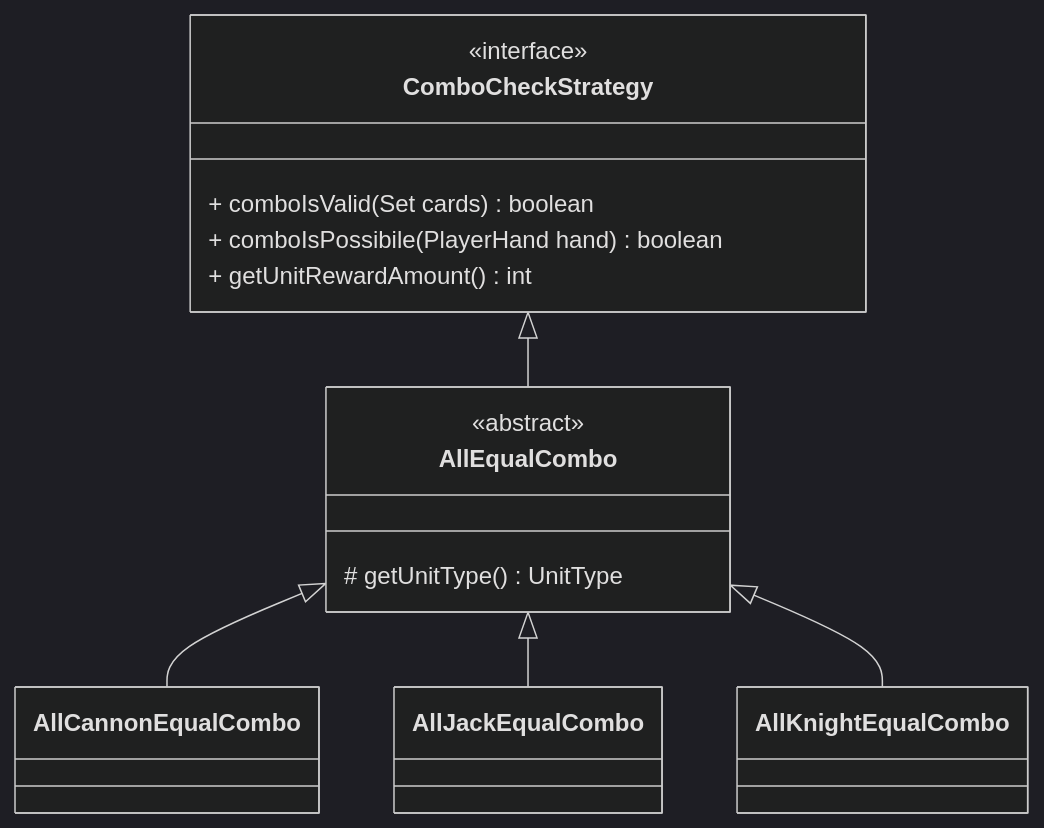
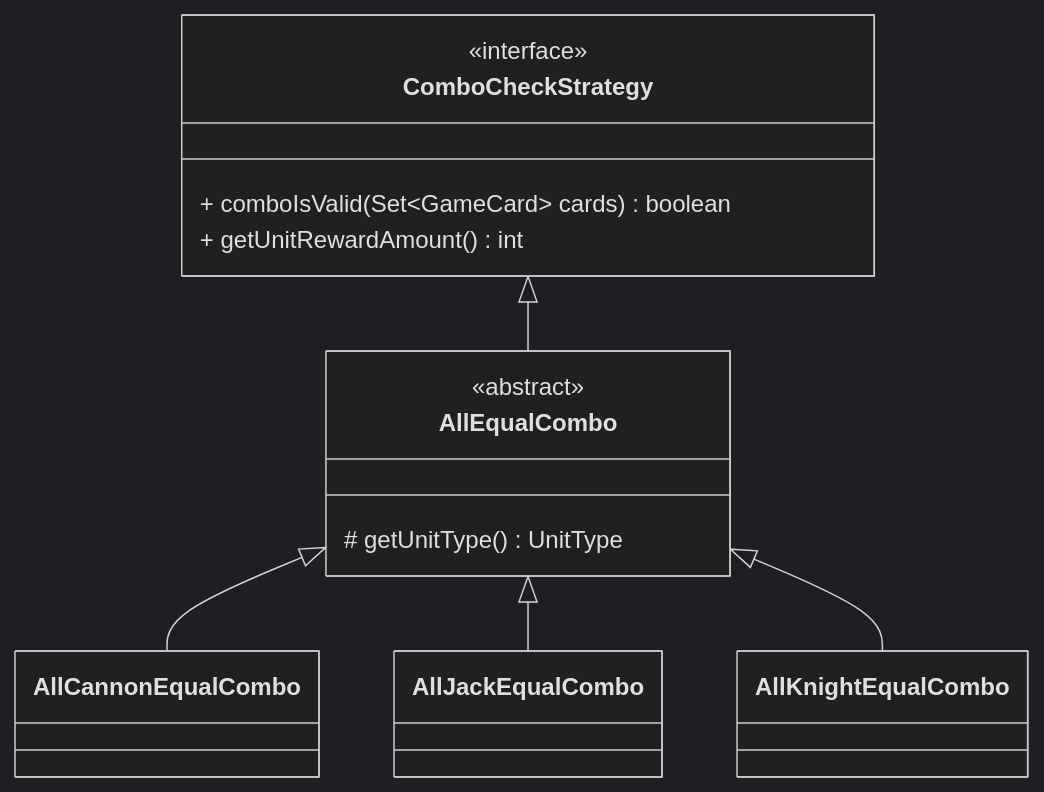
One commit to CarusoMatteo/RisikOOP changed the second of 2 diagrams in report/md/detailed-design-uml-caruso.md. Above: the diagram before and after it, drawn with Mermaid (dark theme). The commit also changed other lines of this file and 4 other files, not shown here.

````diff
--- a/report/md/detailed-design-uml-caruso.md
+++ b/report/md/detailed-design-uml-caruso.md
@@ -32,23 +30,22 @@
 ```mermaid
 classDiagram
 direction TB
     class ComboCheckStrategy { <<interface>>
-        + comboIsValid(Set cards) boolean
-        + comboIsPossibile(PlayerHand hand) boolean
+        + comboIsValid(Set~GameCard~ cards) boolean
         + getUnitRewardAmount() int
     }
     class AllEqualCombo { <<abstract>> 
         # getUnitType() UnitType
     }
     class AllCannonEqualCombo {
     } 
     class AllJackEqualCombo {
     }
     class AllKnightEqualCombo {
     }
 
     ComboCheckStrategy <|-- AllEqualCombo
     AllEqualCombo <|-- AllCannonEqualCombo
     AllEqualCombo <|-- AllJackEqualCombo
     AllEqualCombo <|-- AllKnightEqualCombo
 ```
````
